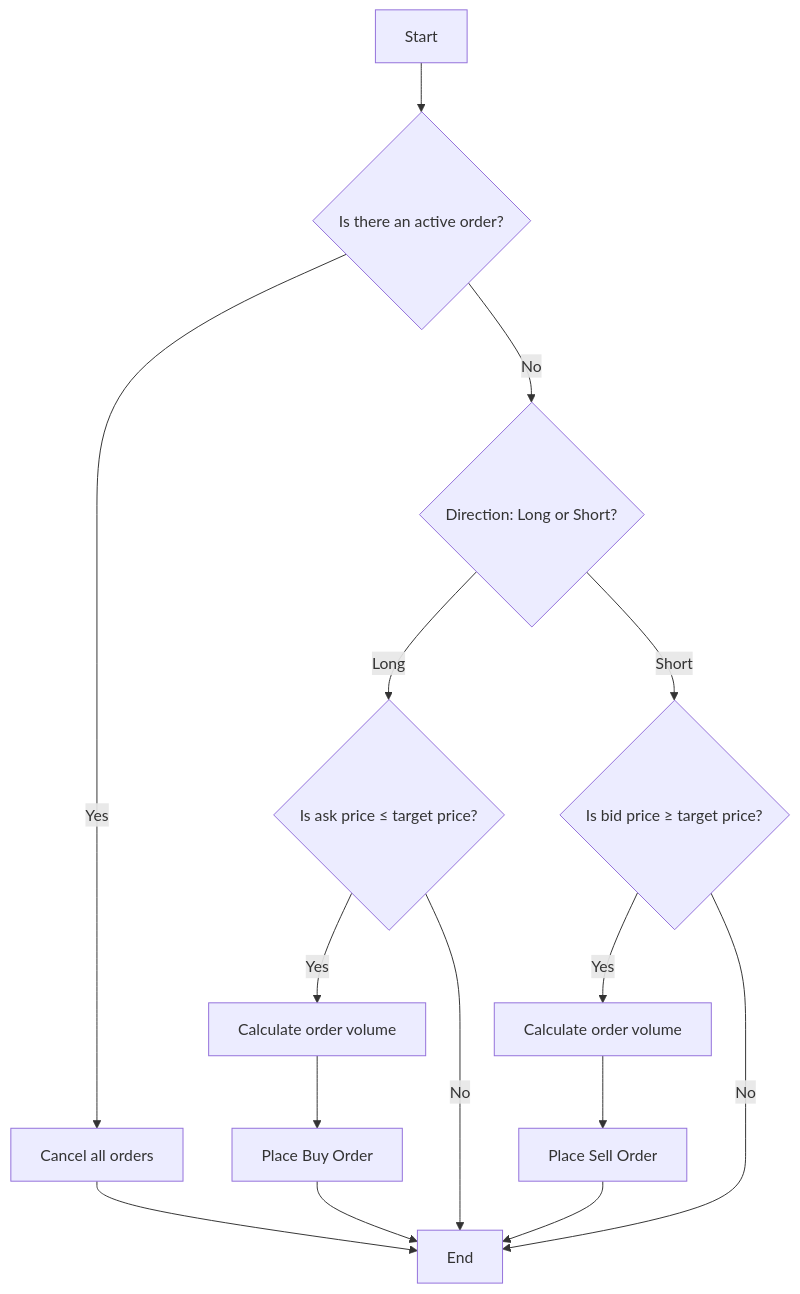
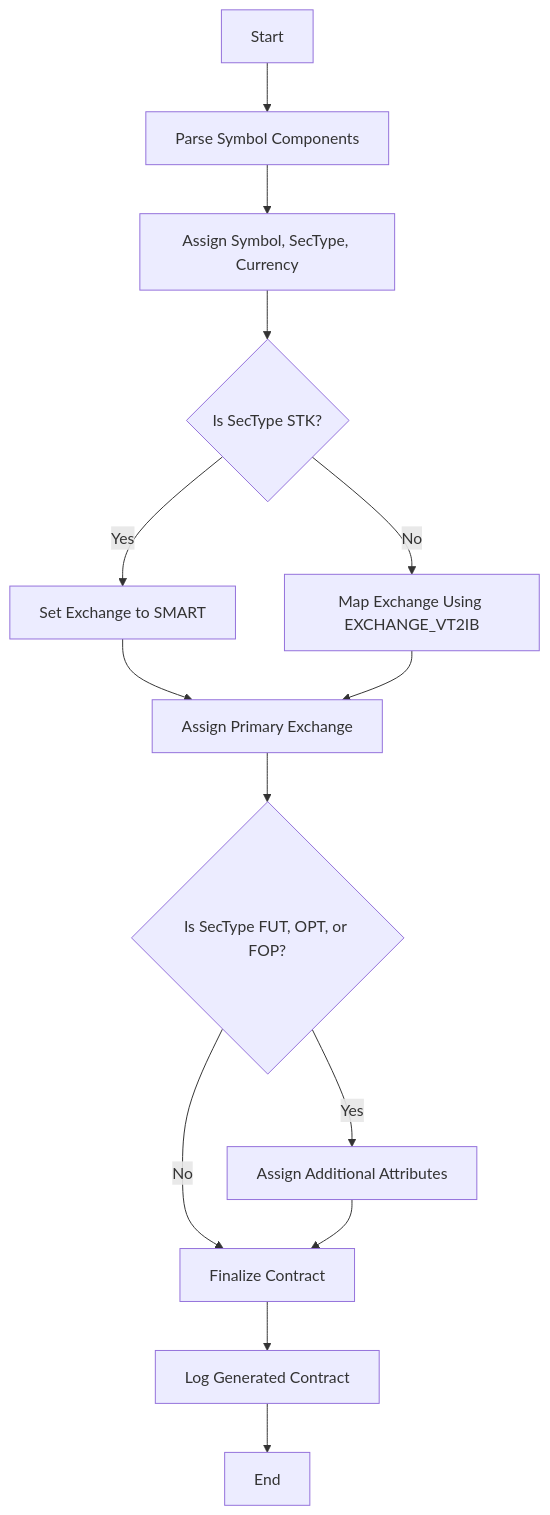
The fourth of 6 diagrams in blog/automate-financial-data-collection-huggingface/index.md (nicolad/vadim.blog), drawn with Mermaid before and after one commit. The commit also changed other lines of this file and 1 other file, not shown here.

````diff
--- a/blog/automate-financial-data-collection-huggingface/index.md
+++ b/blog/automate-financial-data-collection-huggingface/index.md
@@ -44,19 +406,16 @@
 ```mermaid
 flowchart TD
-    Start[Start]
-    --> CheckOrder{Is there an active order?}
-    CheckOrder -- Yes --> CancelOrder[Cancel all orders]
-    CancelOrder --> End
-    CheckOrder -- No --> Direction{Direction: Long or Short?}
-    Direction -- Long --> CheckPriceLong{Is ask price ≤ target price?}
-    Direction -- Short --> CheckPriceShort{Is bid price ≥ target price?}
-    CheckPriceLong -- Yes --> CalculateVolumeLong[Calculate order volume]
-    CheckPriceLong -- No --> End
-    CheckPriceShort -- Yes --> CalculateVolumeShort[Calculate order volume]
-    CheckPriceShort -- No --> End
-    CalculateVolumeLong --> PlaceBuyOrder[Place Buy Order]
-    CalculateVolumeShort --> PlaceSellOrder[Place Sell Order]
-    PlaceBuyOrder --> End
-    PlaceSellOrder --> End
-    End[End]
+    A[Start] --> B[Parse Symbol Components]
+    B --> C[Assign Symbol, SecType, Currency]
+    C --> D{Is SecType STK?}
+    D -- Yes --> E[Set Exchange to SMART]
+    D -- No --> F[Map Exchange Using EXCHANGE_VT2IB]
+    E --> G[Assign Primary Exchange]
+    F --> G
+    G --> H{Is SecType FUT, OPT, or FOP?}
+    H -- Yes --> I[Assign Additional Attributes]
+    H -- No --> J[Finalize Contract]
+    I --> J
+    J --> K[Log Generated Contract]
+    K --> L[End]
 ```
````
